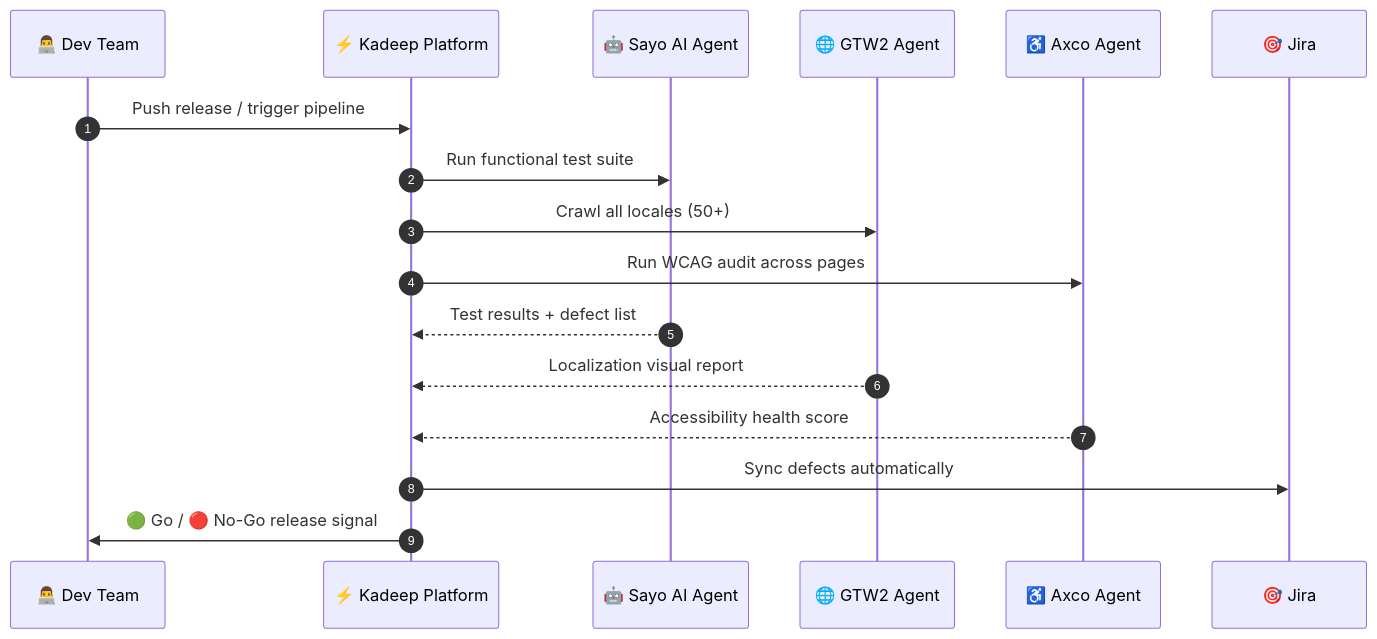
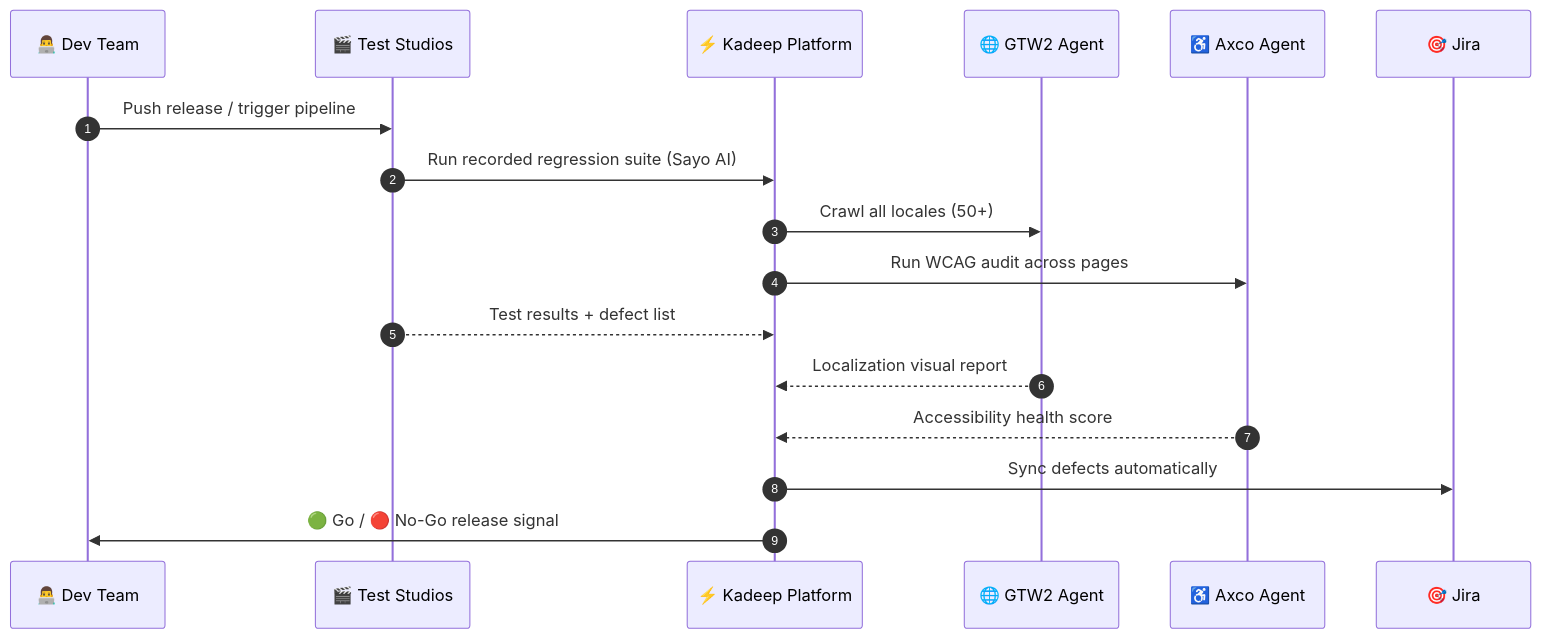
The second of 3 diagrams in profile/README.md (kadeep-ai/.github), drawn with Mermaid before and after one commit. The commit also changed other lines of this file, not shown here.

````diff
--- a/profile/README.md
+++ b/profile/README.md
@@ -176,22 +188,22 @@
 ```mermaid
 sequenceDiagram
     autonumber
     participant Dev as 👨‍💻 Dev Team
+    participant TS as 🎬 Test Studios
     participant K as ⚡ Kadeep Platform
-    participant Sayo as 🤖 Sayo AI Agent
     participant GTW2 as 🌐 GTW2 Agent
     participant Axco as ♿ Axco Agent
     participant Jira as 🎯 Jira
 
-    Dev->>K: Push release / trigger pipeline
-    K->>Sayo: Run functional test suite
+    Dev->>TS: Push release / trigger pipeline
+    TS->>K: Run recorded regression suite (Sayo AI)
     K->>GTW2: Crawl all locales (50+)
     K->>Axco: Run WCAG audit across pages
 
-    Sayo-->>K: Test results + defect list
+    TS-->>K: Test results + defect list
     GTW2-->>K: Localization visual report
     Axco-->>K: Accessibility health score
 
     K->>Jira: Sync defects automatically
     K->>Dev: 🟢 Go / 🔴 No-Go release signal
 ```
````
